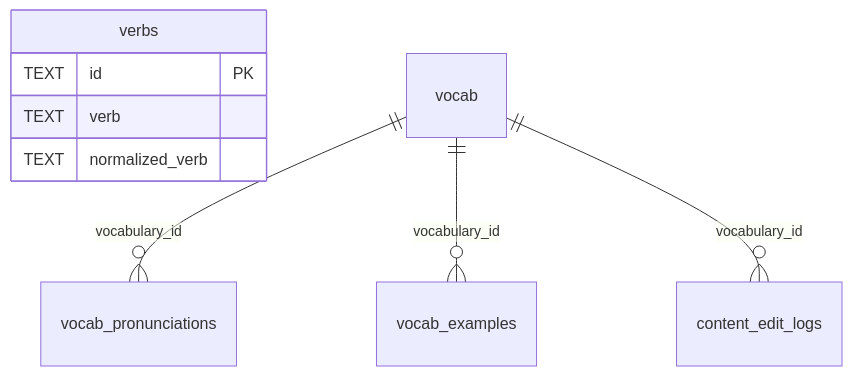
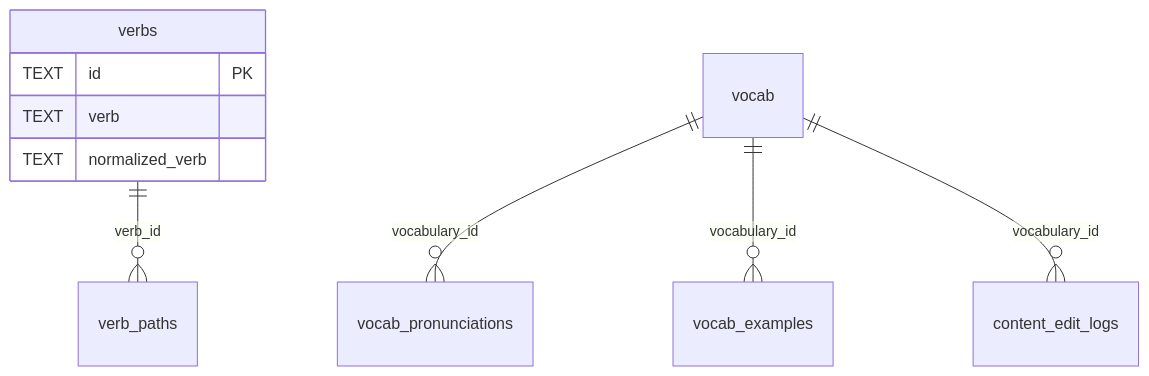
The diagram in docs/database-schema.md (ifcalm/language), drawn with Mermaid before and after one commit. The commit also changed other lines of this file and 1 other file, not shown here.

Commit message:
Add verb sentence growth paths

````diff
--- a/docs/database-schema.md
+++ b/docs/database-schema.md
@@ -32,11 +33,12 @@
 ```mermaid
 erDiagram
   verbs {
     TEXT id PK
     TEXT verb
     TEXT normalized_verb
   }
+  verbs ||--o{ verb_paths : "verb_id"
   vocab ||--o{ vocab_pronunciations : "vocabulary_id"
   vocab ||--o{ vocab_examples : "vocabulary_id"
   vocab ||--o{ content_edit_logs : "vocabulary_id"
 ```
````
